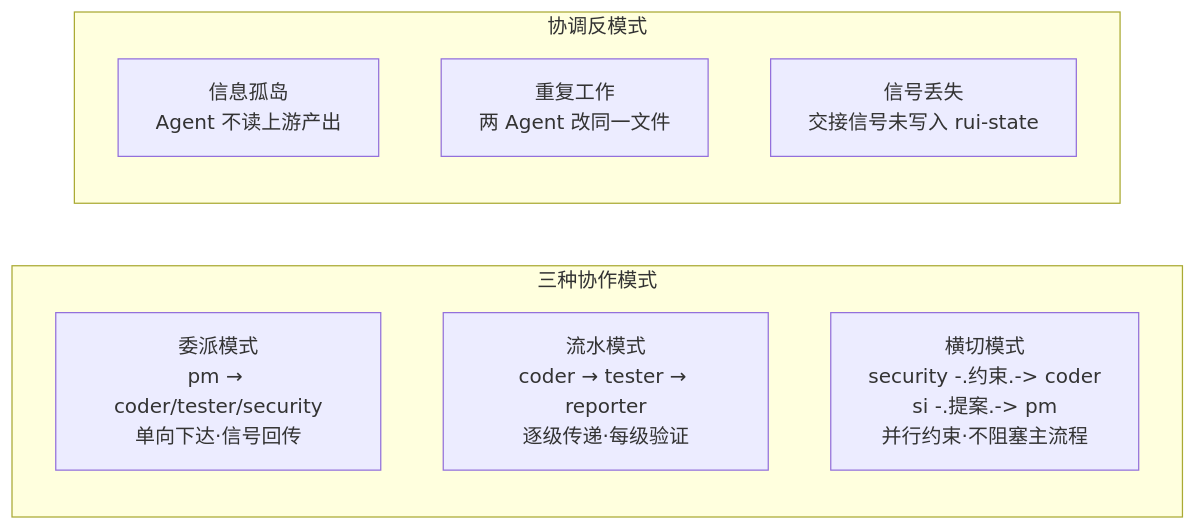
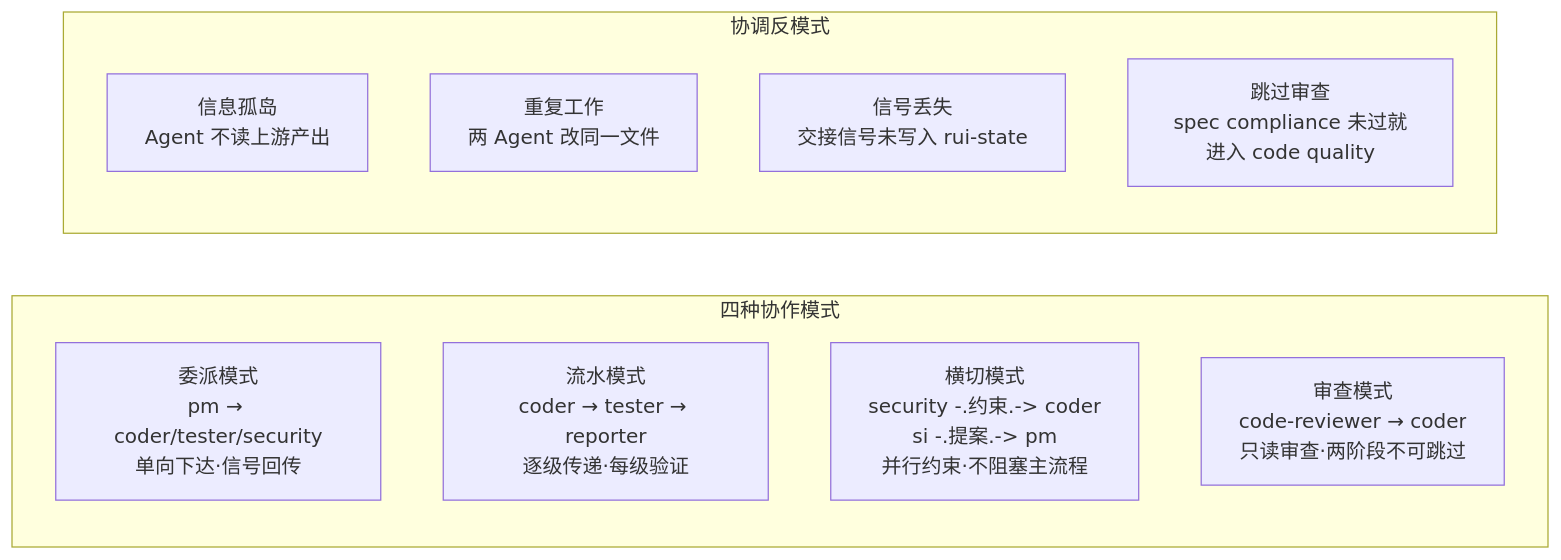
Before and after one commit to effiy/YrY: the seventh of 8 diagrams in agents/AGENT.md, drawn with Mermaid. The commit also changed other lines of this file and 37 other files, not shown here.

````diff
--- a/agents/AGENT.md
+++ b/agents/AGENT.md
@@ -255,15 +320,17 @@
 ```mermaid
 flowchart LR
-    subgraph 协作["三种协作模式"]
+    subgraph 协作["四种协作模式"]
         P1["委派模式<br/>pm → coder/tester/security<br/>单向下达·信号回传"]:::mode
         P2["流水模式<br/>coder → tester → reporter<br/>逐级传递·每级验证"]:::mode
         P3["横切模式<br/>security -.约束.-> coder<br/>si -.提案.-> pm<br/>并行约束·不阻塞主流程"]:::mode
+        P4["审查模式<br/>code-reviewer → coder<br/>只读审查·两阶段不可跳过"]:::mode
     end
 
     subgraph 失败["协调反模式"]
         F1["信息孤岛<br/>Agent 不读上游产出"]:::bad
         F2["重复工作<br/>两 Agent 改同一文件"]:::bad
         F3["信号丢失<br/>交接信号未写入 rui-state"]:::bad
+        F4["跳过审查<br/>spec compliance 未过就进入 code quality"]:::bad
     end
 
 ```
````
